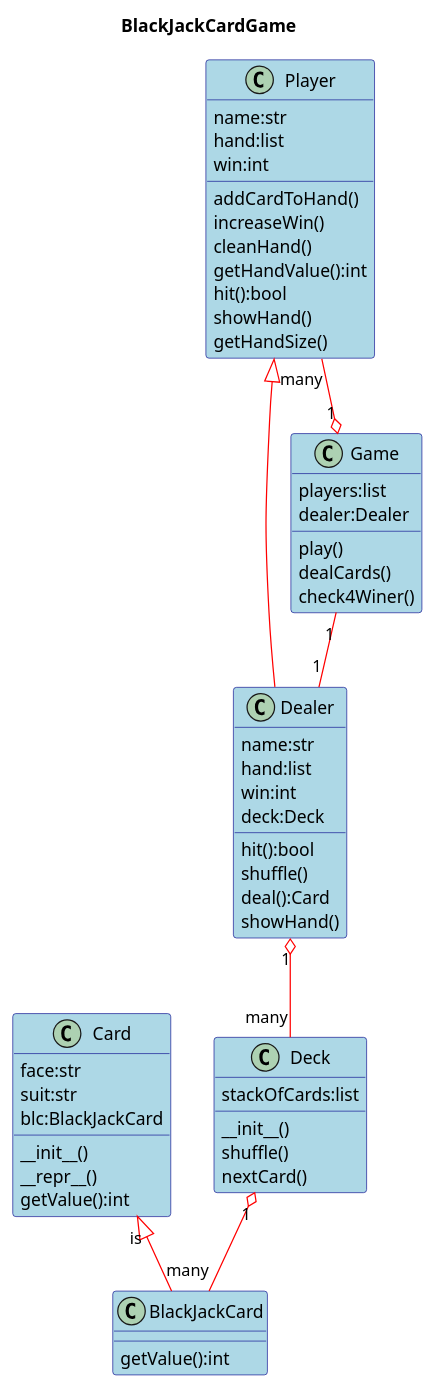
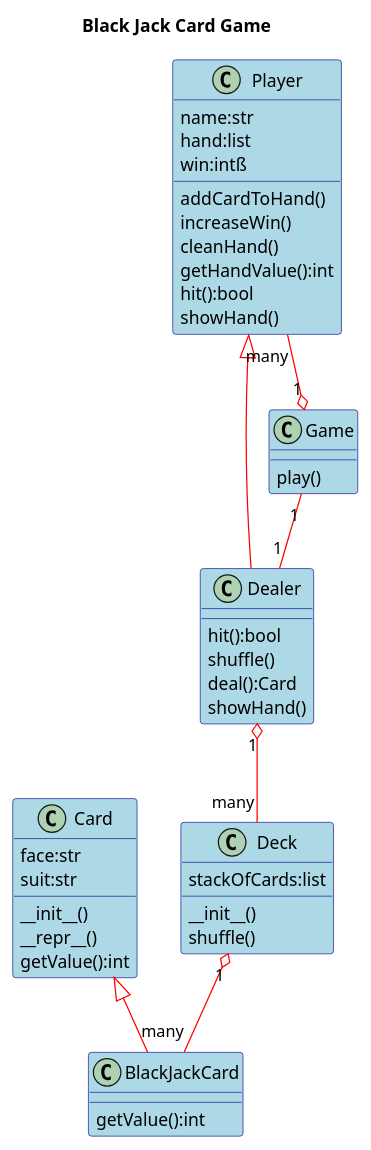
The diagram in doc/card.wsd (jwang1122/playground), drawn with PlantUML before and after one commit. The commit also changed 5 other files, not shown here.

```diff
--- a/doc/card.wsd
+++ b/doc/card.wsd
@@ -1,62 +1,51 @@
 @startuml 
 
 skinparam class {
     BackgroundColor LightBlue
     ArrowColor Red
     BorderColor DarkBlue
 }
-title BlackJackCardGame
+title Black Jack Card Game
 class Card
 class BlackJackCard
-Card "is" <|-- BlackJackCard
+Card <|-- BlackJackCard
 
 Card : face:str
 Card : suit:str
-Card : blc:BlackJackCard
 Card : __init__()
 Card : __repr__()
 Card : getValue():int
 
 BlackJackCard : getValue():int
 
 Deck "1" o-- "many" BlackJackCard
 Deck : stackOfCards:list
 Deck : __init__()
 Deck : shuffle()
-Deck : nextCard()
 
 class Player
 class Dealer
 Player <|-- Dealer
 
 Player "many" --o "1" Game
 Player : addCardToHand()
 Player : increaseWin()
 Player : cleanHand()
 Player : getHandValue():int
 Player : hit():bool
 Player : showHand()
-Player : getHandSize()
 Player : name:str
 Player : hand:list
-Player : win:int
+Player : win:intß
 
 Dealer : hit():bool
 Dealer : shuffle()
 Dealer : deal():Card
 Dealer : showHand()
-Dealer : name:str
-Dealer : hand:list
-Dealer : win:int
-Dealer : deck:Deck
 
 Dealer "1" o-- "many" Deck
 
 Game "1" -- "1" Dealer
 Game : play()
-Game : dealCards()
-Game : check4Winer()
-Game : players:list
-Game : dealer:Dealer
 
 @enduml
```
